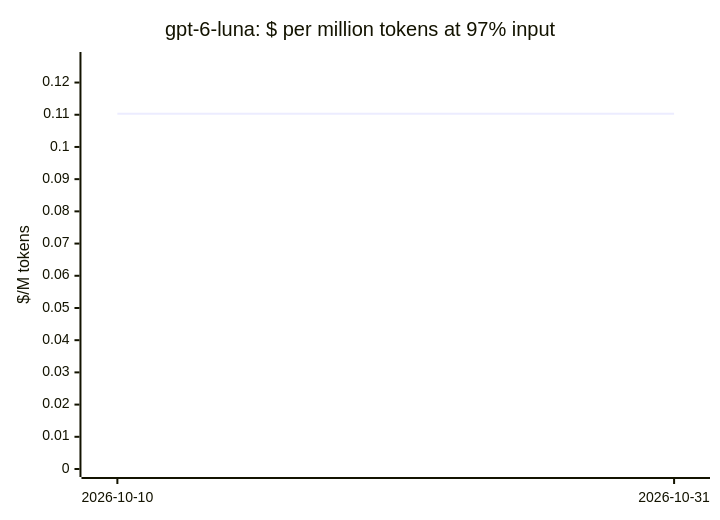
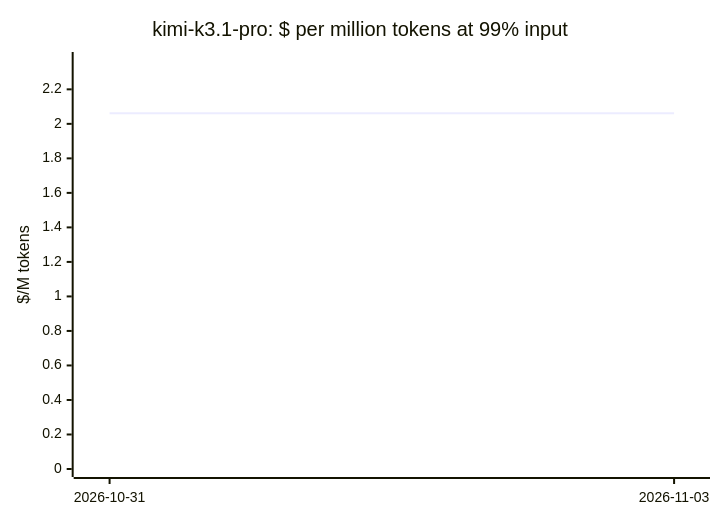
Before and after one commit to cklukas/OMEGA_TRANSFORM: diagram 11 of 20 in docs/openrouter-models.md, drawn with Mermaid. The commit also changed other lines of this file and 469 other files, not shown here.

````diff
--- a/docs/openrouter-models.md
+++ b/docs/openrouter-models.md
@@ -225,7 +230,7 @@
 ```mermaid
 xychart-beta
-    title "gpt-6-luna: $ per million tokens at 97% input"
-    x-axis ["2026-10-10", "2026-10-31"]
-    y-axis "$/M tokens" 0 --> 0.127
-    line [0.1103, 0.1103]
+    title "kimi-k3.1-pro: $ per million tokens at 99% input"
+    x-axis ["2026-10-31", "2026-11-03"]
+    y-axis "$/M tokens" 0 --> 2.37
+    line [2.062, 2.062]
 ```
````
